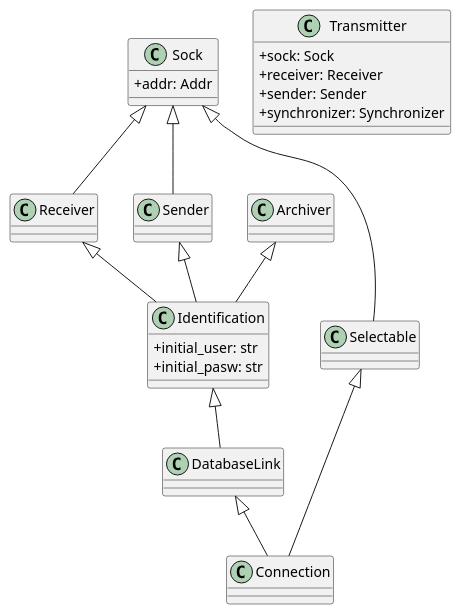
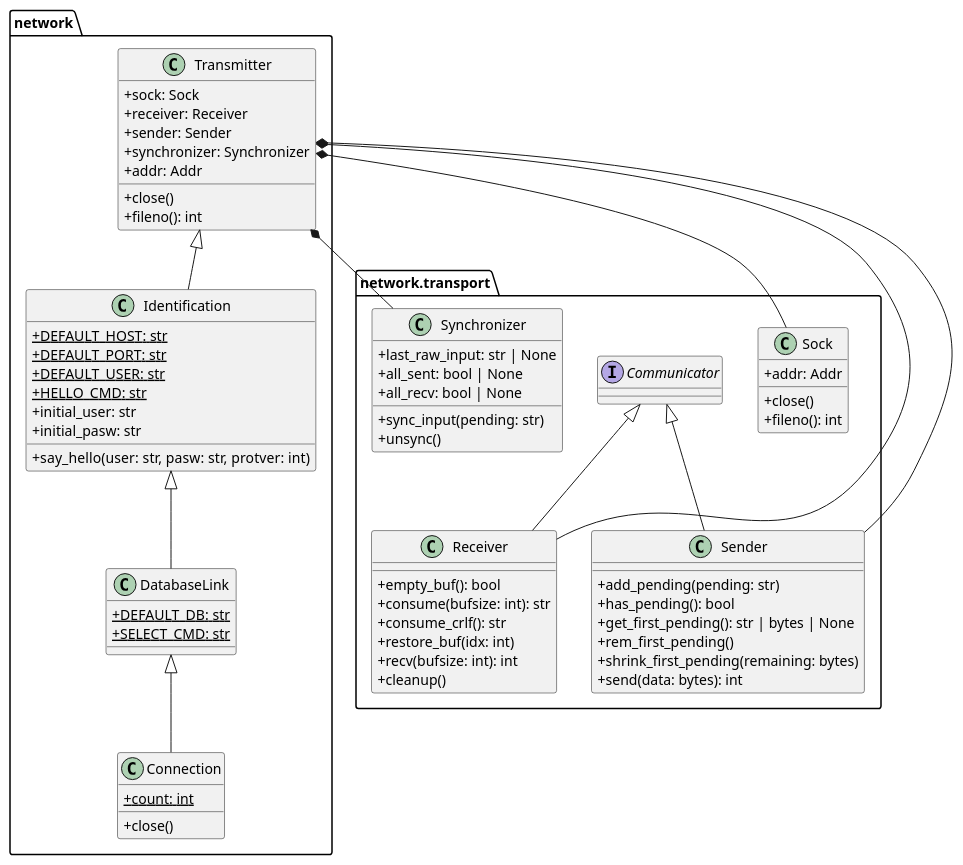
The diagram in doc/network/RC-application.network.puml (petru-braha/RC-application), drawn with PlantUML before and after one commit. The commit also changed 1 other file, not shown here.

Commit message:
doc: class diagram for the network package

```diff
--- a/doc/network/RC-application.network.puml
+++ b/doc/network/RC-application.network.puml
@@ -1,51 +1,88 @@
 @startuml
 skinparam classAttributeIconSize 0
 set namespaceSeparator none
 
-class Sock {
-  +addr: Addr
-  
+package "network.transport" {
+    
+    class Sock {
+        + addr: Addr
+        + close()
+        + fileno(): int
+    }
+    
+    interface Communicator {
+    }
+
+    class Receiver {
+        + empty_buf(): bool
+        + consume(bufsize: int): str
+        + consume_crlf(): str
+        + restore_buf(idx: int)
+        + recv(bufsize: int): int
+        + cleanup()
+    }
+
+    class Sender {
+        + add_pending(pending: str)
+        + has_pending(): bool
+        + get_first_pending(): str | bytes | None
+        + rem_first_pending()
+        + shrink_first_pending(remaining: bytes)
+        + send(data: bytes): int
+    }
+
+    class Synchronizer {
+        + last_raw_input: str | None
+        + all_sent: bool | None
+        + all_recv: bool | None
+        + sync_input(pending: str)
+        + unsync()
+    }
 }
 
+package "network" {
+    class Transmitter {
+        + sock: Sock
+        + receiver: Receiver
+        + sender: Sender
+        + synchronizer: Synchronizer
+        + addr: Addr
+        + close()
+        + fileno(): int
+    }
 
-class Receiver {
-  
+    class Identification {
+        + {static} DEFAULT_HOST: str
+        + {static} DEFAULT_PORT: str
+        + {static} DEFAULT_USER: str
+        + {static} HELLO_CMD: str
+        + initial_user: str
+        + initial_pasw: str
+        + say_hello(user: str, pasw: str, protver: int)
+    }
+
+    class DatabaseLink {
+        + {static} DEFAULT_DB: str
+        + {static} SELECT_CMD: str
+    }
+
+    class Connection {
+        + {static} count: int
+        + close()
+    }
 }
 
-class Sender {
-}
+' Relationships
+Communicator <|-- Receiver
+Communicator <|-- Sender
 
-class Transmitter {
-  +sock: Sock
-  +receiver: Receiver
-  +sender: Sender
-  +synchronizer: Synchronizer
-}
+Transmitter *-- Sock
+Transmitter *-- Receiver
+Transmitter *-- Sender
+Transmitter *-- Synchronizer
 
-class Identification {
-  +initial_user: str
-  +initial_pasw: str
-}
-
-class DatabaseLink {
-}
-
-class Connection {
-}
-
-' --- Inheritance Relationships ---
-
-Sock <|-- Receiver
-Sock <|-- Sender
-Sock <|-- Selectable
-
-Archiver <|-- Identification
-Receiver <|-- Identification
-Sender <|-- Identification
-
+Transmitter <|-- Identification
 Identification <|-- DatabaseLink
-
 DatabaseLink <|-- Connection
-Selectable <|-- Connection
 
 @enduml
```
